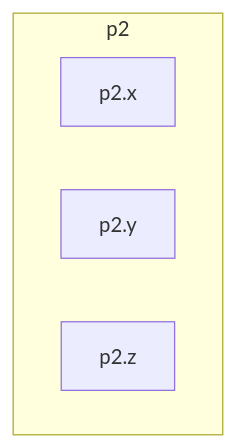
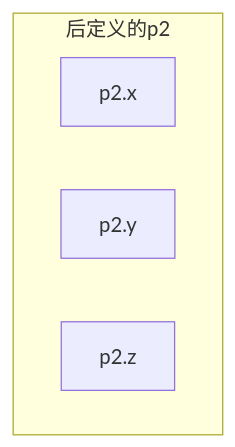
One commit to TeDaBaoXue/Programming_for_detective changed the second of 3 diagrams in 翁恺C语言.md. Above: the diagram before and after it, drawn with Mermaid. The commit also changed other lines of this file, not shown here.

````diff
--- a/翁恺C语言.md
+++ b/翁恺C语言.md
@@ -2735,8 +2807,8 @@
 ```mermaid
 flowchart TB
-	subgraph p2
+	subgraph 后定义的p2
 		p2.x
 		p2.y
 		p2.z
 	end
 ```
````
